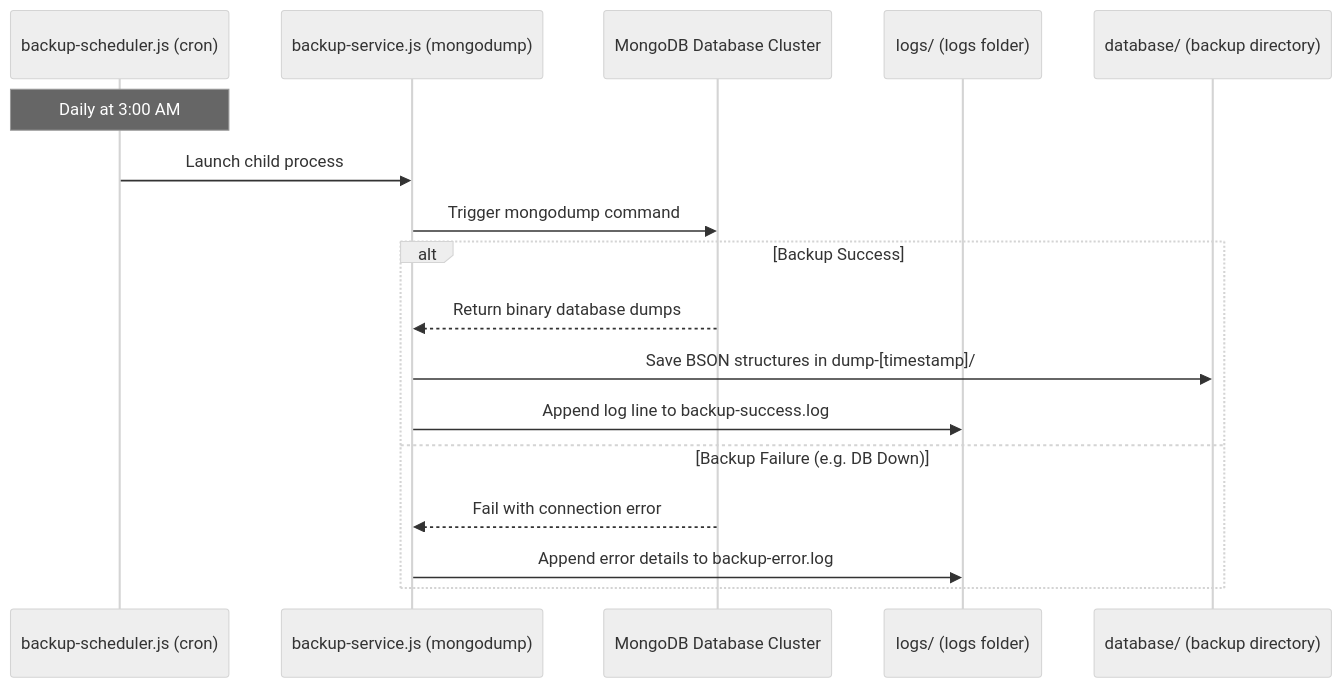
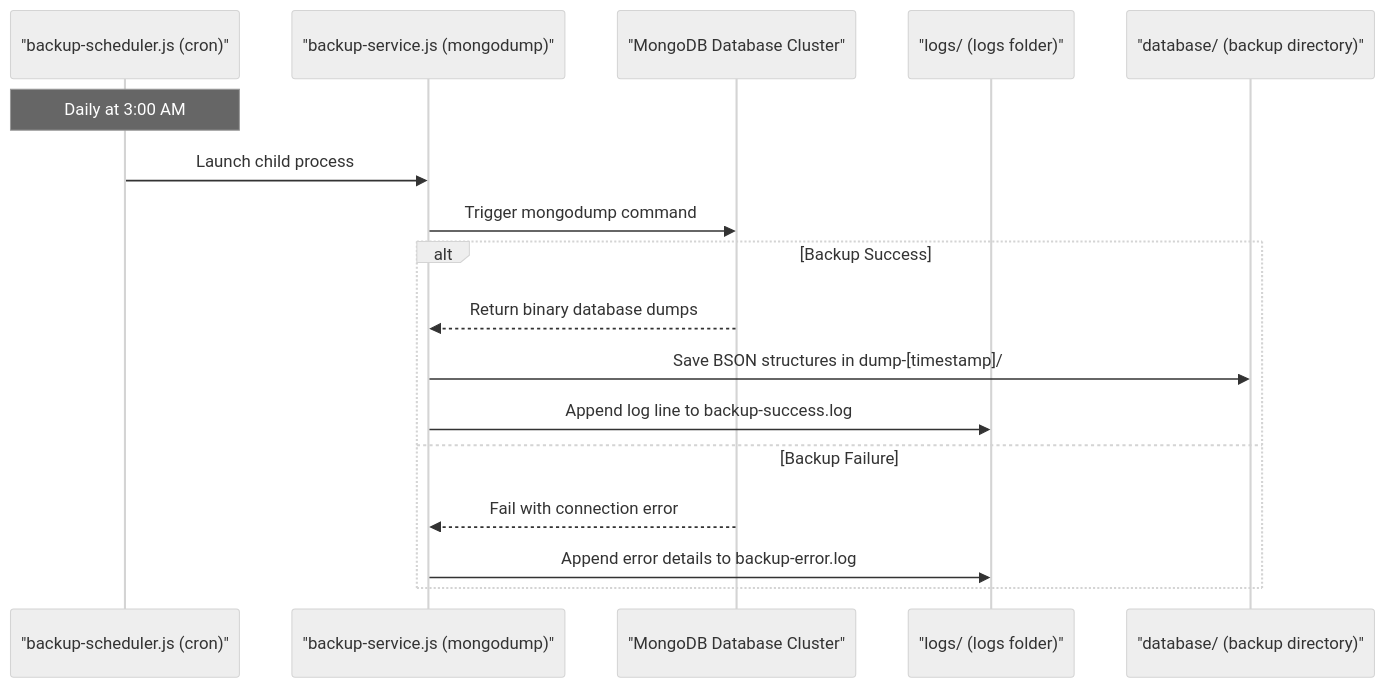
The diagram in BACKUP.md (core-ctrl/Rushes), drawn with Mermaid (neutral theme) before and after one commit. The commit also changed 63 other files, not shown here.

Commit message:
docs: fix Mermaid diagram syntax issues in PROJECT.md, BACKUP.md, and ADMIN.md

````diff
--- a/BACKUP.md
+++ b/BACKUP.md
@@ -9,20 +9,20 @@
 ```mermaid
 sequenceDiagram
-    participant Scheduler as backup-scheduler.js (cron)
-    participant Service as backup-service.js (mongodump)
-    participant MongoDB as MongoDB Database Cluster
-    participant Logs as logs/ (logs folder)
-    participant Dump as database/ (backup directory)
+    participant Scheduler as "backup-scheduler.js (cron)"
+    participant Service as "backup-service.js (mongodump)"
+    participant MongoDB as "MongoDB Database Cluster"
+    participant Logs as "logs/ (logs folder)"
+    participant Dump as "database/ (backup directory)"
 
     Note over Scheduler: Daily at 3:00 AM
     Scheduler->>Service: Launch child process
     Service->>MongoDB: Trigger mongodump command
     alt Backup Success
         MongoDB-->>Service: Return binary database dumps
         Service->>Dump: Save BSON structures in dump-[timestamp]/
         Service->>Logs: Append log line to backup-success.log
-    else Backup Failure (e.g. DB Down)
+    else Backup Failure
         MongoDB-->>Service: Fail with connection error
         Service->>Logs: Append error details to backup-error.log
     end
 ```
````
